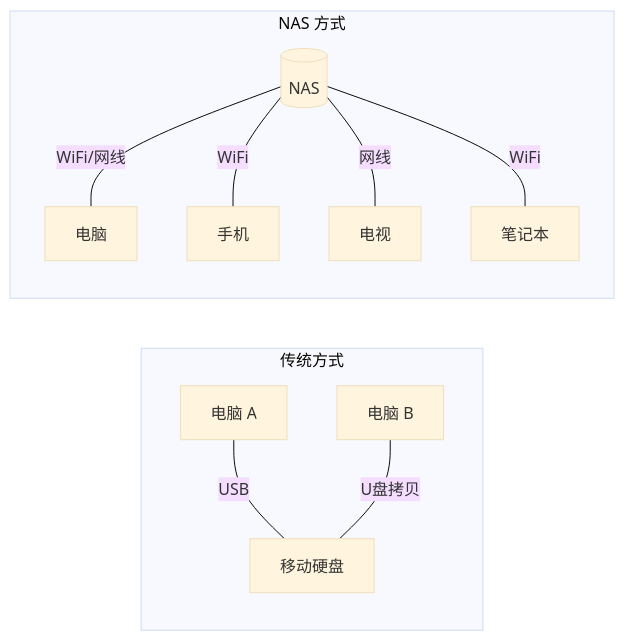
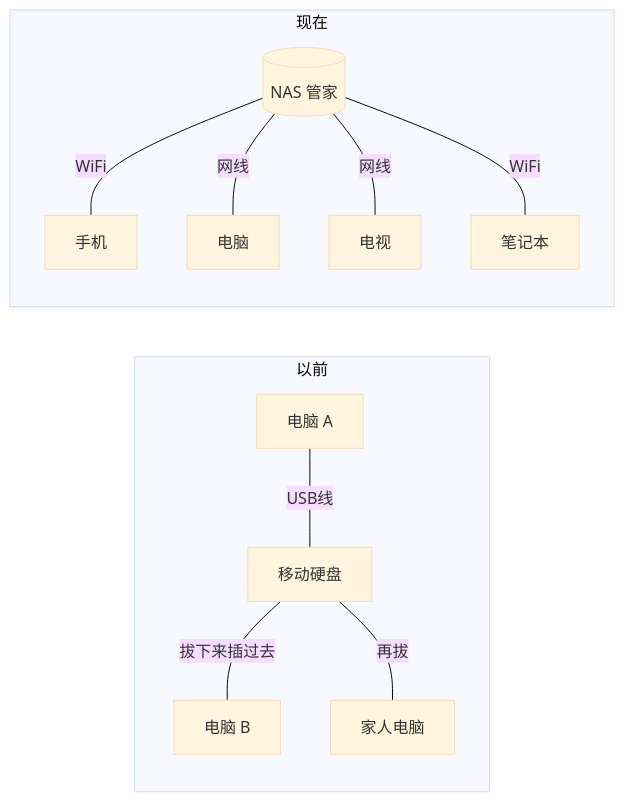
One commit to cv-superding/nas-guide changed the diagram in docs/01-认识NAS/1.1-什么是NAS.md. Above: the diagram before and after it, drawn with Mermaid (base theme). The commit also changed other lines of this file and 4 other files, not shown here.

First line of the commit message:
docs(重构): 重写前言与第1章,用语更自然并加入配图

````diff
--- a/docs/01-认识NAS/1.1-什么是NAS.md
+++ b/docs/01-认识NAS/1.1-什么是NAS.md
@@ -22,13 +23,14 @@
 ```mermaid
 flowchart LR
-    subgraph 传统方式
-        PC1[电脑 A] ---|USB| HDD1[移动硬盘]
-        PC2[电脑 B] ---|U盘拷贝| HDD1
+    subgraph 以前
+        A[电脑 A] ---|USB线| HDD[移动硬盘]
+        HDD ---|拔下来插过去| B[电脑 B]
+        HDD ---|再拔| C[家人电脑]
     end
-    subgraph NAS 方式
-        NAS[(NAS)] ---|WiFi/网线| PC3[电脑]
-        NAS ---|WiFi| Phone[手机]
+    subgraph 现在
+        NAS[(NAS 管家)] ---|WiFi| P[手机]
+        NAS ---|网线| PC[电脑]
         NAS ---|网线| TV[电视]
-        NAS ---|WiFi| Laptop[笔记本]
+        NAS ---|WiFi| L[笔记本]
     end
 ```
````
